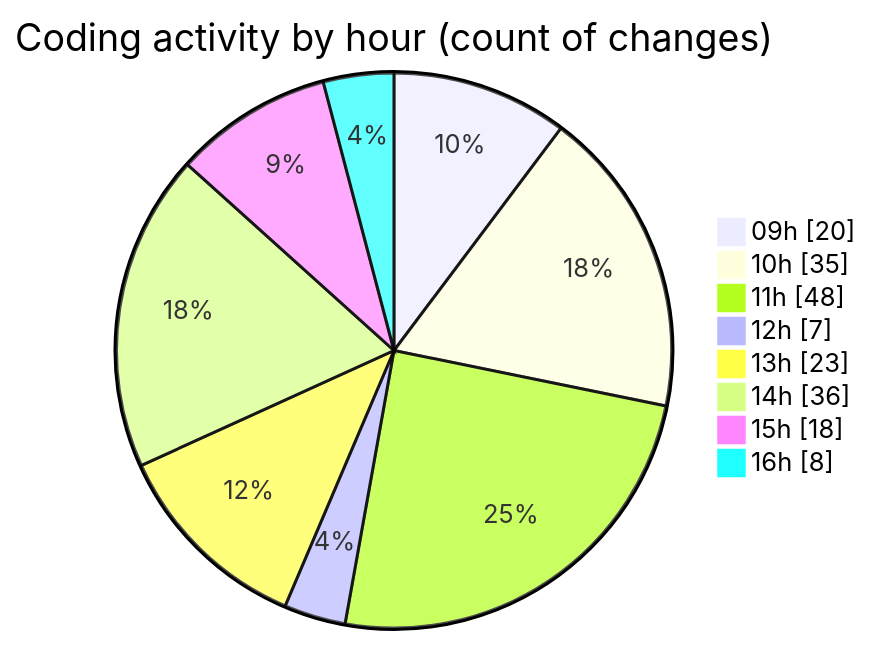
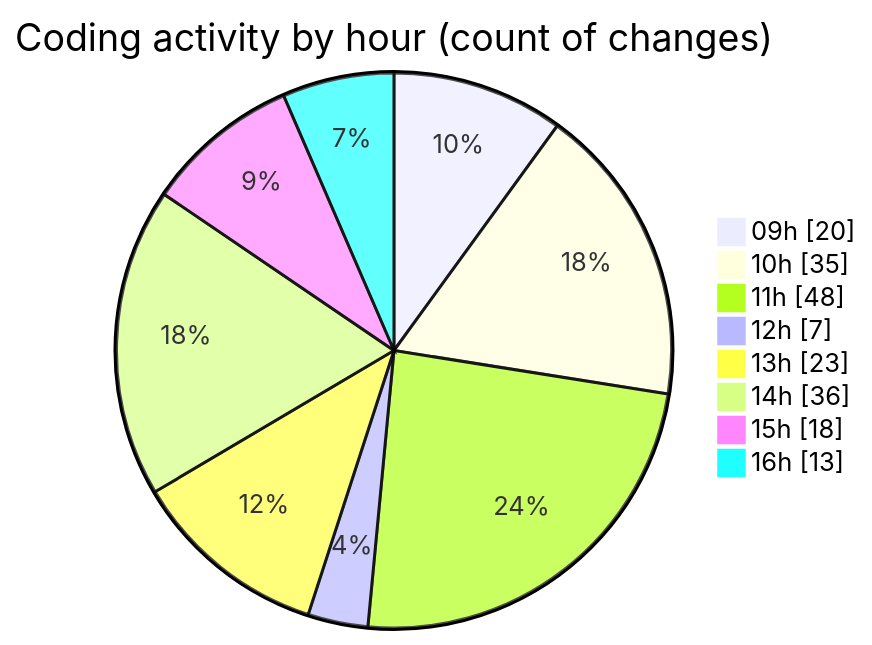
Before and after one commit to CELIANVF/code-tracking: the second of 2 diagrams in 2025-06-10/ecodeli-1/README.md, drawn with Mermaid. The commit also changed other lines of this file and 1 other file, not shown here.

````diff
--- a/2025-06-10/ecodeli-1/README.md
+++ b/2025-06-10/ecodeli-1/README.md
@@ -100,12 +103,12 @@
 ```mermaid
 pie showData
 title Coding activity by hour (count of changes)
 "09h" : 20
 "10h" : 35
 "11h" : 48
 "12h" : 7
 "13h" : 23
 "14h" : 36
 "15h" : 18
-"16h" : 8
+"16h" : 13
 ```
````
